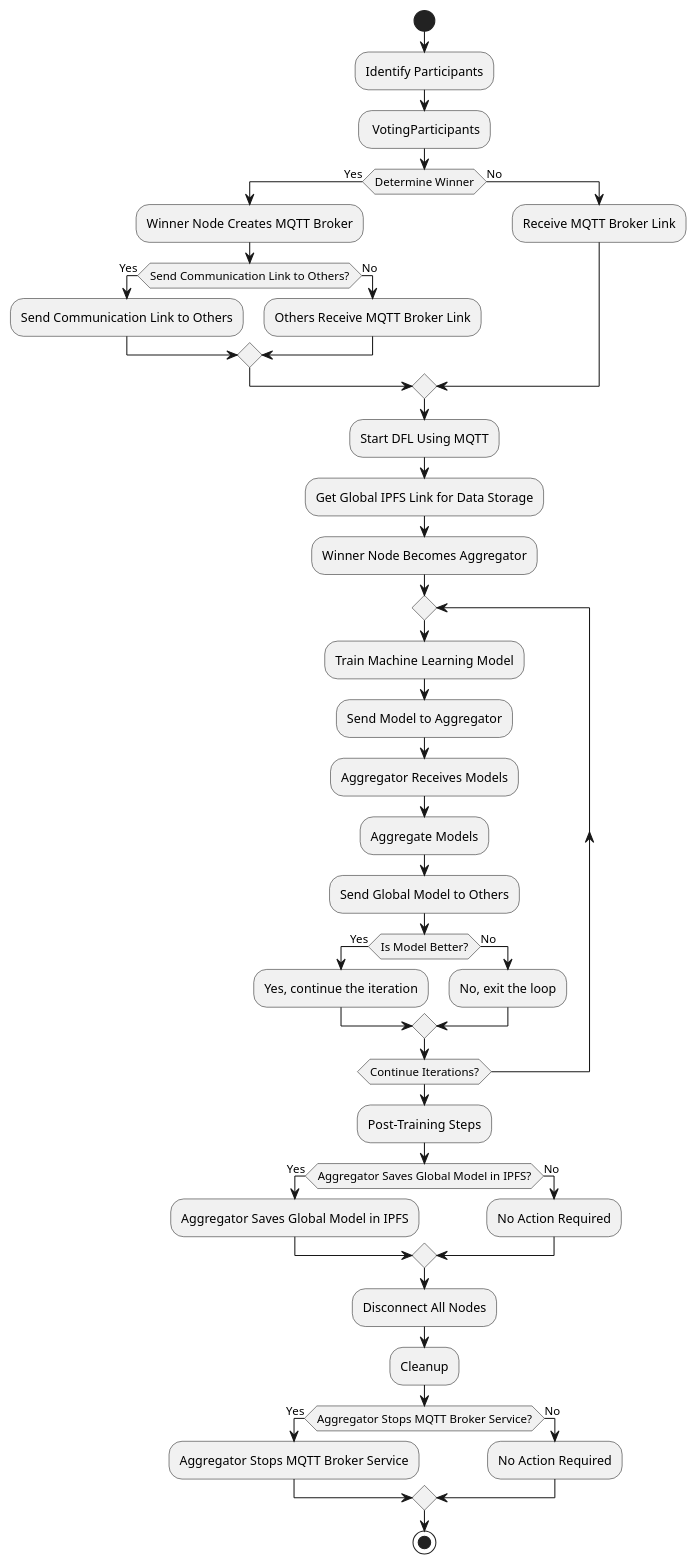
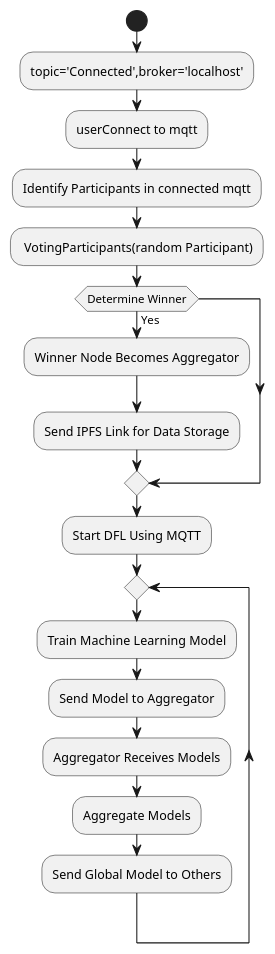
One commit to bayesianinstitute/FL_Mock changed the diagram in doc/flow.puml. Above: the diagram before and after it, drawn with PlantUML. The commit also changed 1 other file, not shown here.

Commit message:
test identify

```diff
--- a/doc/flow.puml
+++ b/doc/flow.puml
@@ -1,48 +1,23 @@
 @startuml
 start
-:Identify Participants;
-: VotingParticipants;
+:topic='Connected',broker='localhost';
+:userConnect to mqtt;
+:Identify Participants in connected mqtt;
+: VotingParticipants(random Participant);
 if (Determine Winner) then (Yes)
-  :Winner Node Creates MQTT Broker;
-  if (Send Communication Link to Others?) then (Yes)
-    :Send Communication Link to Others;
-  else (No)
-    :Others Receive MQTT Broker Link;
-  endif
-else (No)
-  :Receive MQTT Broker Link;
+  :Winner Node Becomes Aggregator;
+  :Send IPFS Link for Data Storage;
+
 endif
 :Start DFL Using MQTT;
-:Get Global IPFS Link for Data Storage;
-:Winner Node Becomes Aggregator;
+
+
 
 repeat
   :Train Machine Learning Model;
   :Send Model to Aggregator;
   :Aggregator Receives Models;
   :Aggregate Models;
   :Send Global Model to Others;
-  
-  if (Is Model Better?) then (Yes)
-    :Yes, continue the iteration;
-  else (No)
-    :No, exit the loop;
-  endif
 
-repeat while (Continue Iterations?);
-
-:Post-Training Steps;
-if (Aggregator Saves Global Model in IPFS?) then (Yes)
-  :Aggregator Saves Global Model in IPFS;
-else (No)
-  :No Action Required;
-endif
-:Disconnect All Nodes;
-:Cleanup;
-if (Aggregator Stops MQTT Broker Service?) then (Yes)
-  :Aggregator Stops MQTT Broker Service;
-else (No)
-  :No Action Required;
-endif
-stop
 @enduml
```
